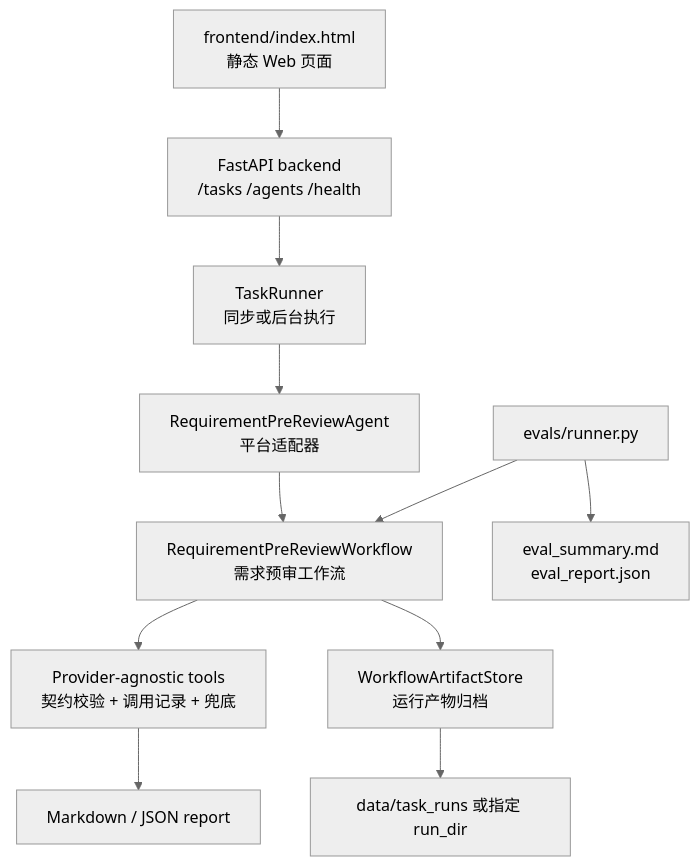
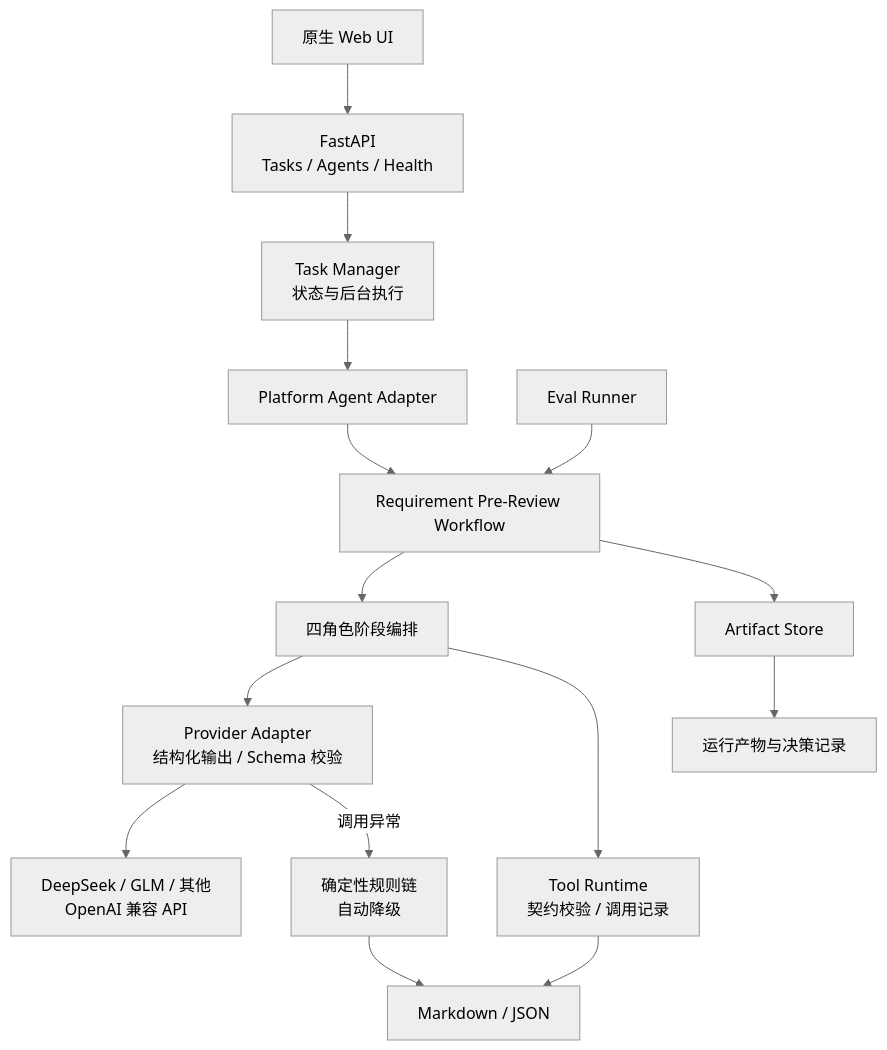
Before and after one commit to CheenYu/Requirement-preview: the second of 2 diagrams in README.md, drawn with Mermaid (neutral theme). The commit also changed other lines of this file and 2 other files, not shown here.

````diff
--- a/README.md
+++ b/README.md
@@ -21,13 +106,17 @@
 ```mermaid
 flowchart TD
-  UI["frontend/index.html\n静态 Web 页面"] --> API["FastAPI backend\n/tasks /agents /health"]
-  API --> Runner["TaskRunner\n同步或后台执行"]
-  Runner --> Adapter["RequirementPreReviewAgent\n平台适配器"]
-  Adapter --> Workflow["RequirementPreReviewWorkflow\n需求预审工作流"]
-  Workflow --> Tools["Provider-agnostic tools\n契约校验 + 调用记录 + 兜底"]
-  Workflow --> Store["WorkflowArtifactStore\n运行产物归档"]
-  Tools --> Report["Markdown / JSON report"]
-  Store --> Data["data/task_runs 或指定 run_dir"]
-  Evals["evals/runner.py"] --> Workflow
-  Evals --> EvalOut["eval_summary.md\neval_report.json"]
+  UI[原生 Web UI] --> API[FastAPI<br/>Tasks / Agents / Health]
+  API --> Manager[Task Manager<br/>状态与后台执行]
+  Manager --> Adapter[Platform Agent Adapter]
+  Adapter --> Workflow[Requirement Pre-Review Workflow]
+  Workflow --> Team[四角色阶段编排]
+  Team --> Provider[Provider Adapter<br/>结构化输出 / Schema 校验]
+  Provider --> Model[DeepSeek / GLM / 其他<br/>OpenAI 兼容 API]
+  Provider -- 调用异常 --> Fallback[确定性规则链<br/>自动降级]
+  Team --> Tools[Tool Runtime<br/>契约校验 / 调用记录]
+  Workflow --> Store[Artifact Store]
+  Tools --> Reports[Markdown / JSON]
+  Fallback --> Reports
+  Store --> Artifacts[运行产物与决策记录]
+  Evals[Eval Runner] --> Workflow
 ```
````
